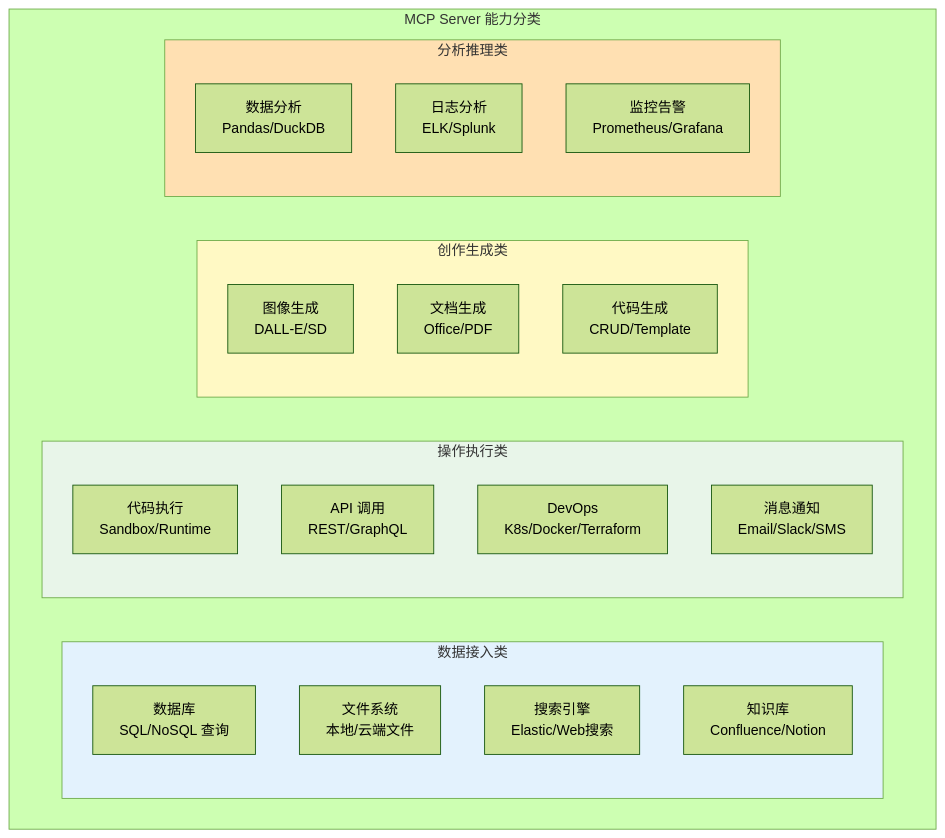
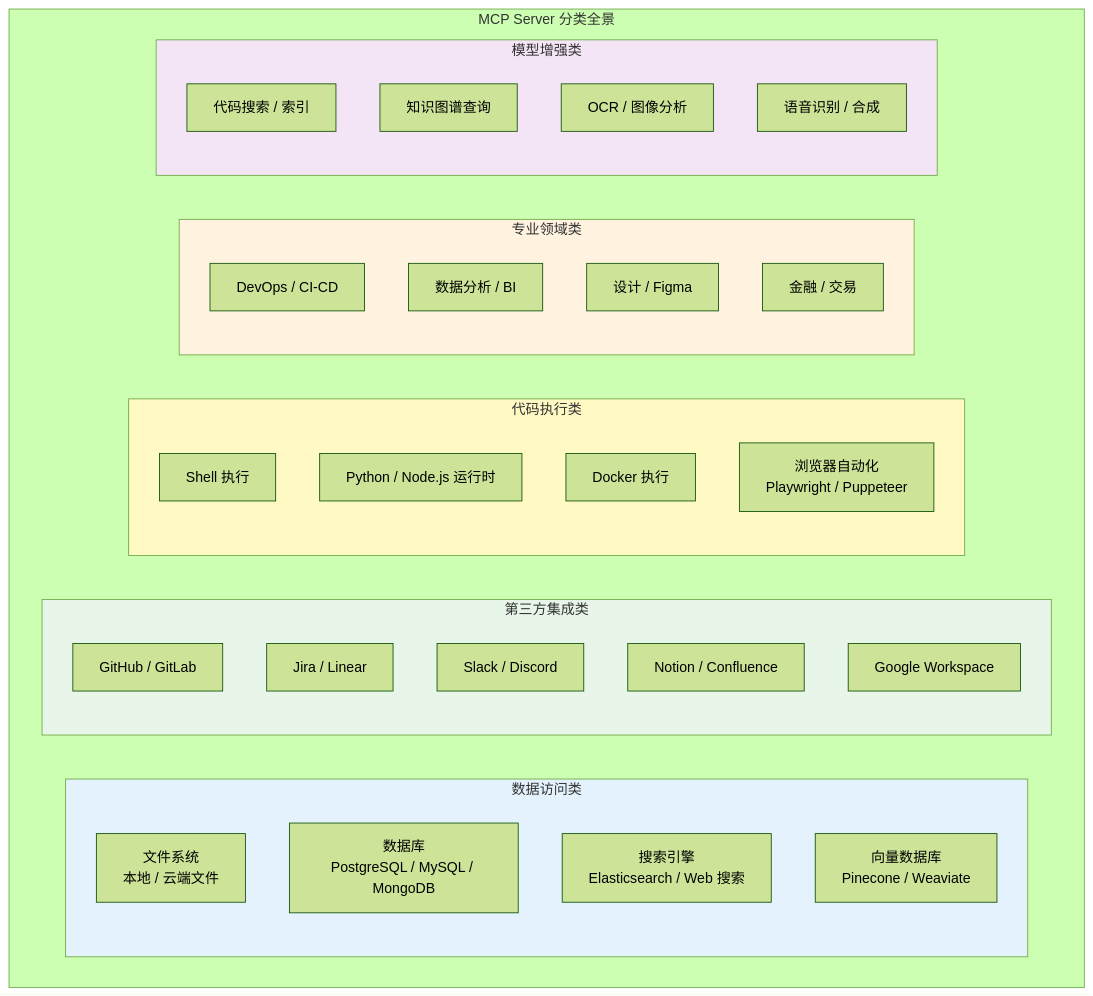
Before and after one commit to UranusGit/java-agent-learn: the seventh of 21 diagrams in docs/前沿/04-MCP生态全景.md, drawn with Mermaid (forest theme). The commit also changed other lines of this file and 4 other files, not shown here.

````diff
--- a/docs/前沿/04-MCP生态全景.md
+++ b/docs/前沿/04-MCP生态全景.md
@@ -71,35 +207,46 @@
 ```mermaid
 graph TB
-    subgraph MCP分类["MCP Server 能力分类"]
-        subgraph 数据接入["数据接入类"]
-            D1["数据库<br/>SQL/NoSQL 查询"]
-            D2["文件系统<br/>本地/云端文件"]
-            D3["搜索引擎<br/>Elastic/Web搜索"]
-            D4["知识库<br/>Confluence/Notion"]
+    subgraph MCP生态["MCP Server 分类全景"]
+        subgraph 数据类["数据访问类"]
+            D1["文件系统<br/>本地 / 云端文件"]
+            D2["数据库<br/>PostgreSQL / MySQL / MongoDB"]
+            D3["搜索引擎<br/>Elasticsearch / Web 搜索"]
+            D4["向量数据库<br/>Pinecone / Weaviate"]
         end
 
-        subgraph 操作执行["操作执行类"]
-            O1["代码执行<br/>Sandbox/Runtime"]
-            O2["API 调用<br/>REST/GraphQL"]
-            O3["DevOps<br/>K8s/Docker/Terraform"]
-            O4["消息通知<br/>Email/Slack/SMS"]
+        subgraph 集成类["第三方集成类"]
+            I1["GitHub / GitLab"]
+            I2["Jira / Linear"]
+            I3["Slack / Discord"]
+            I4["Notion / Confluence"]
+            I5["Google Workspace"]
         end
 
-        subgraph 创作生成["创作生成类"]
-            C1["图像生成<br/>DALL-E/SD"]
-            C2["文档生成<br/>Office/PDF"]
-            C3["代码生成<br/>CRUD/Template"]
+        subgraph 执行类["代码执行类"]
+            E1["Shell 执行"]
+            E2["Python / Node.js 运行时"]
+            E3["Docker 执行"]
+            E4["浏览器自动化<br/>Playwright / Puppeteer"]
         end
 
-        subgraph 分析推理["分析推理类"]
-            A1["数据分析<br/>Pandas/DuckDB"]
-            A2["日志分析<br/>ELK/Splunk"]
-            A3["监控告警<br/>Prometheus/Grafana"]
+        subgraph 专业类["专业领域类"]
+            P1["DevOps / CI-CD"]
+            P2["数据分析 / BI"]
+            P3["设计 / Figma"]
+            P4["金融 / 交易"]
+        end
+
+        subgraph 模型类["模型增强类"]
+            M1["代码搜索 / 索引"]
+            M2["知识图谱查询"]
+            M3["OCR / 图像分析"]
+            M4["语音识别 / 合成"]
         end
     end
 
-    style 数据接入 fill:#e3f2fd
-    style 操作执行 fill:#e8f5e9
-    style 创作生成 fill:#fff9c4
-    style 分析推理 fill:#ffe0b2
+    style 数据类 fill:#e3f2fd
+    style 集成类 fill:#e8f5e9
+    style 执行类 fill:#fff9c4
+    style 专业类 fill:#fff3e0
+    style 模型类 fill:#f3e5f5
 ```
````
